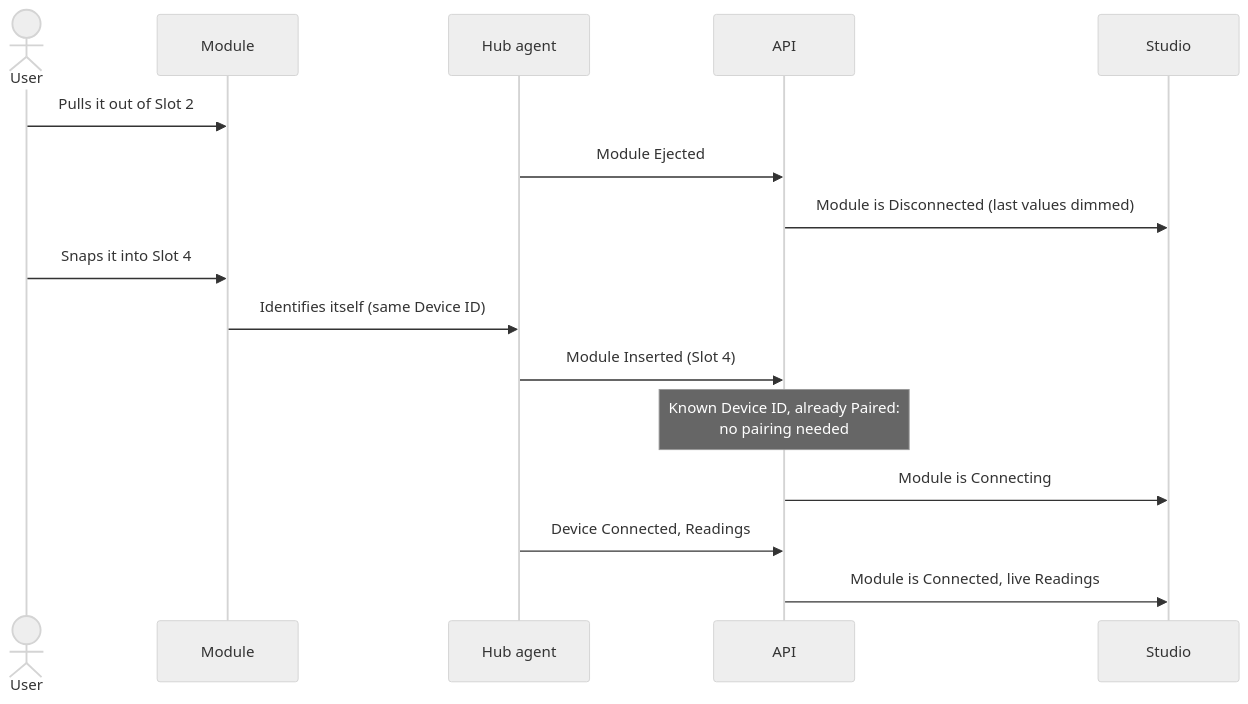
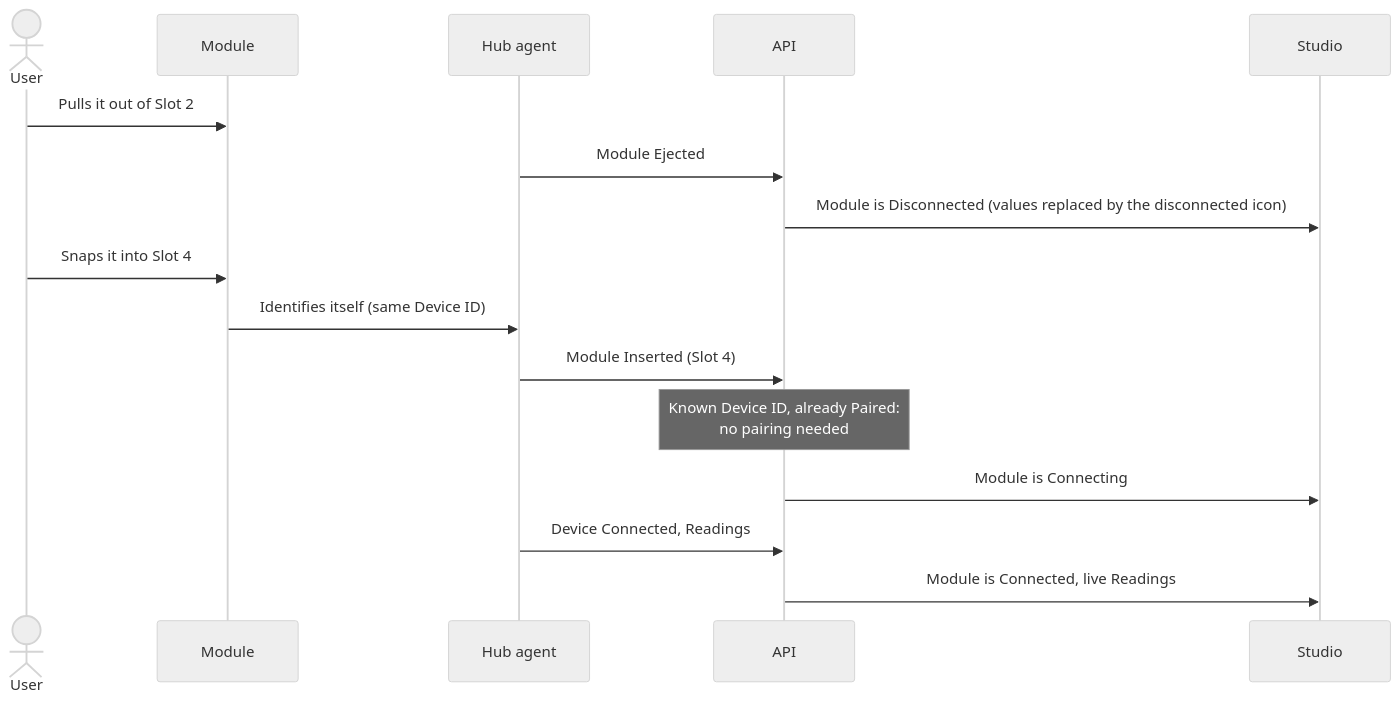
One commit to Detriz-dev/smart-home-kit changed the eighth of 8 diagrams in docs/architecture/domain-model/device-lifecycle.md. Above: the diagram before and after it, drawn with Mermaid (neutral theme). The commit also changed other lines of this file and 6 other files, not shown here.

````diff
--- a/docs/architecture/domain-model/device-lifecycle.md
+++ b/docs/architecture/domain-model/device-lifecycle.md
@@ -231,19 +231,19 @@
 ```mermaid
 sequenceDiagram
     actor User
     participant Module
     participant Hub as Hub agent
     participant API
     participant Studio
 
     User->>Module: Pulls it out of Slot 2
     Hub->>API: Module Ejected
-    API->>Studio: Module is Disconnected (last values dimmed)
+    API->>Studio: Module is Disconnected (values replaced by the disconnected icon)
     User->>Module: Snaps it into Slot 4
     Module->>Hub: Identifies itself (same Device ID)
     Hub->>API: Module Inserted (Slot 4)
     Note over API: Known Device ID, already Paired:<br/>no pairing needed
     API->>Studio: Module is Connecting
     Hub->>API: Device Connected, Readings
     API->>Studio: Module is Connected, live Readings
 ```
````
